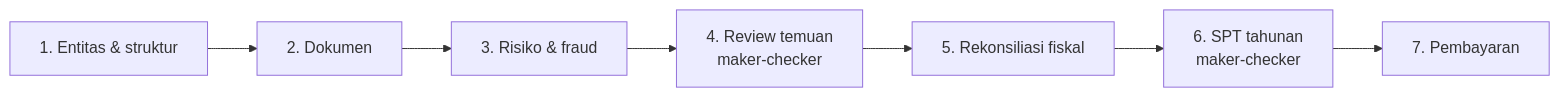
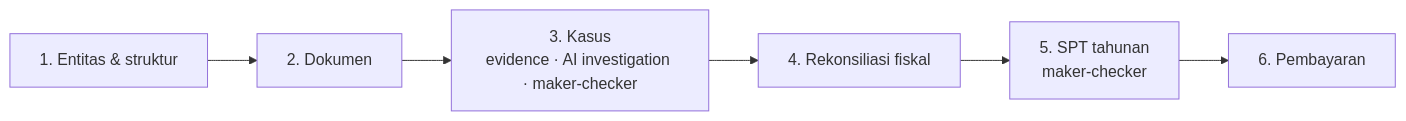
Before and after one commit to fabrianivan/nexora: the diagram in README.md, drawn with Mermaid. The commit also changed other lines of this file and 83 other files, not shown here.

````diff
--- a/README.md
+++ b/README.md
@@ -47,9 +46,8 @@
 ```mermaid
 flowchart LR
   S1[1. Entitas & struktur] --> S2[2. Dokumen]
-  S2 --> S3[3. Risiko & fraud]
-  S3 --> S4[4. Review temuan<br/>maker-checker]
-  S4 --> S5[5. Rekonsiliasi fiskal]
-  S5 --> S6[6. SPT tahunan<br/>maker-checker]
-  S6 --> S7[7. Pembayaran]
+  S2 --> S3[3. Kasus<br/>evidence · AI investigation · maker-checker]
+  S3 --> S4[4. Rekonsiliasi fiskal]
+  S4 --> S5[5. SPT tahunan<br/>maker-checker]
+  S5 --> S6[6. Pembayaran]
 ```
````
